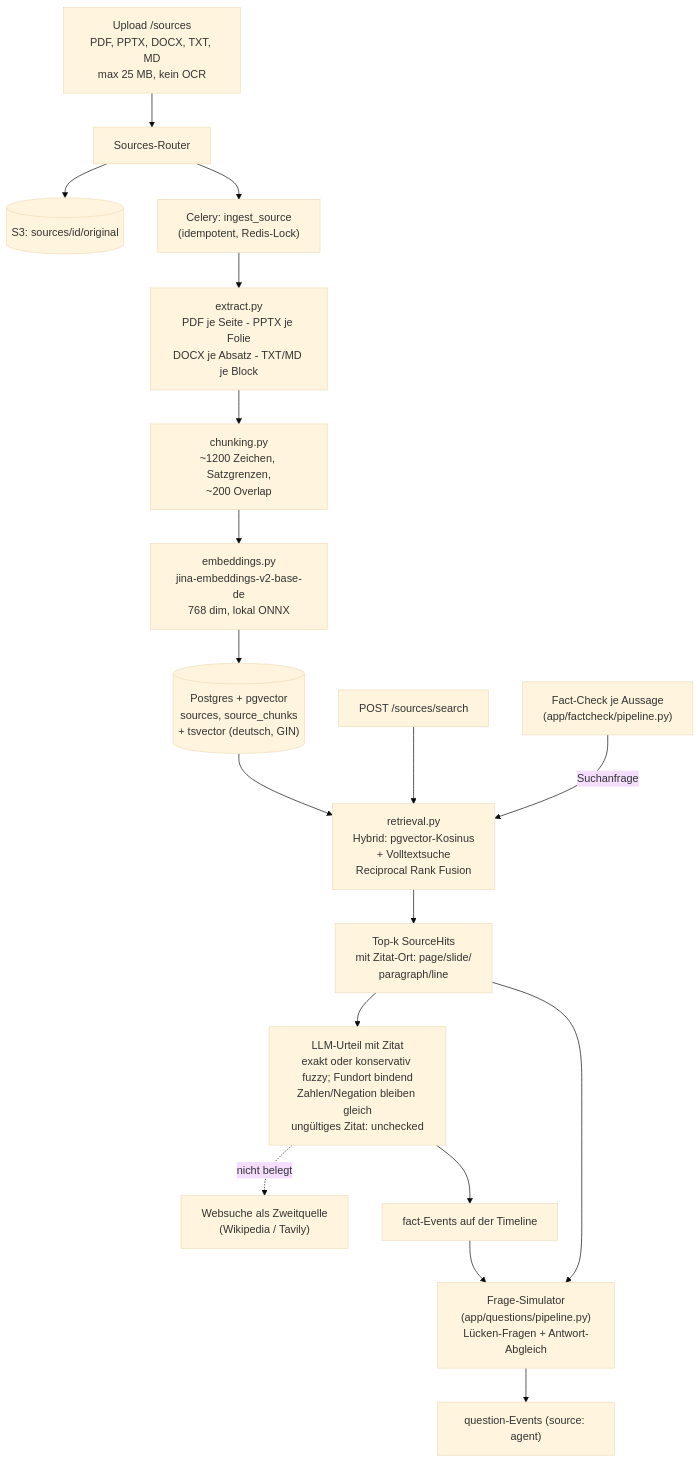
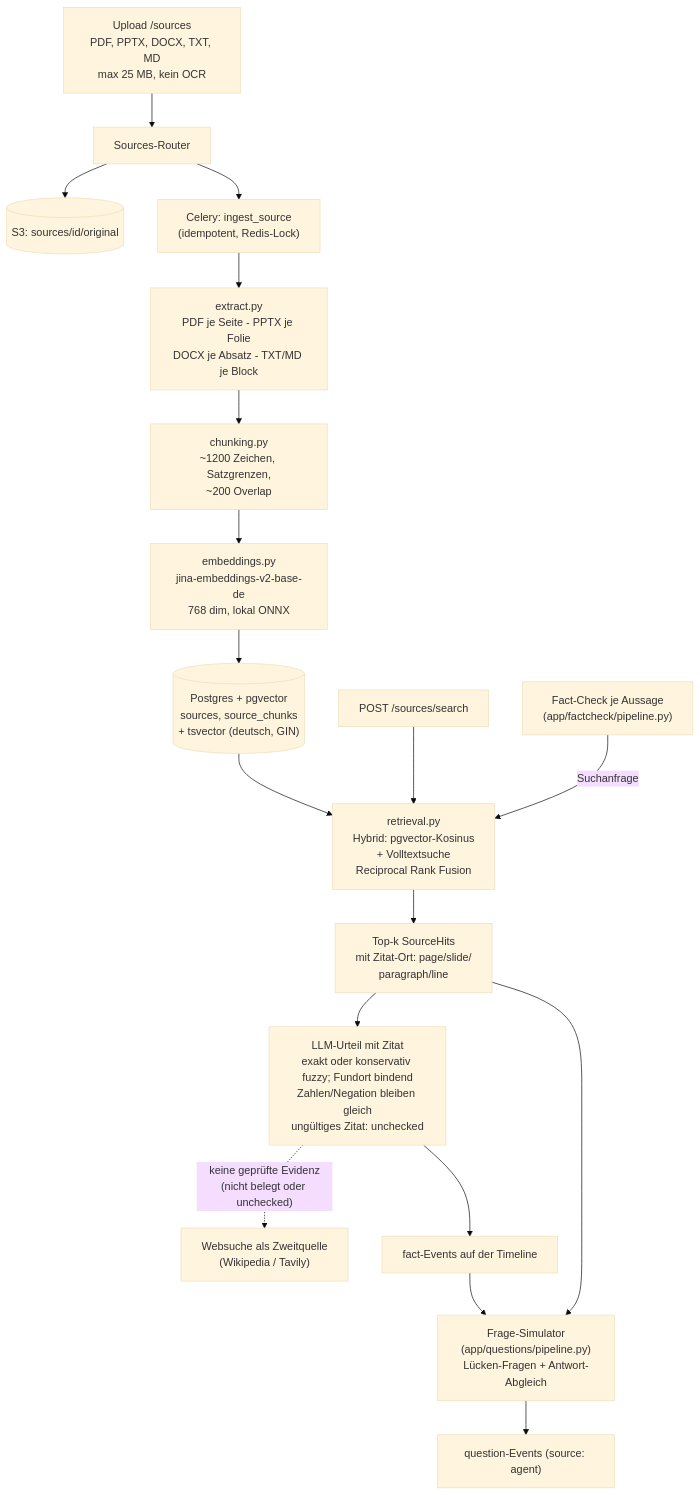
One commit to johannes3502/hackathon-fulda changed the fifth of 12 diagrams in docs/03-architecture.md. Above: the diagram before and after it, drawn with Mermaid (base theme). The commit also changed other lines of this file and 19 other files, not shown here.

````diff
--- a/docs/03-architecture.md
+++ b/docs/03-architecture.md
@@ -302,21 +303,21 @@
 ```mermaid
 flowchart TB
     UP["Upload /sources<br/>PDF, PPTX, DOCX, TXT, MD<br/>max 25 MB, kein OCR"] --> API["Sources-Router"]
     API --> S3A[("S3: sources/id/original")]
     API --> Q["Celery: ingest_source<br/>(idempotent, Redis-Lock)"]
     Q --> EX["extract.py<br/>PDF je Seite - PPTX je Folie<br/>DOCX je Absatz - TXT/MD je Block"]
     EX --> CH["chunking.py<br/>~1200 Zeichen, Satzgrenzen,<br/>~200 Overlap"]
     CH --> EM["embeddings.py<br/>jina-embeddings-v2-base-de<br/>768 dim, lokal ONNX"]
     EM --> PGDB[("Postgres + pgvector<br/>sources, source_chunks<br/>+ tsvector (deutsch, GIN)")]
 
     SEARCH["POST /sources/search"] --> RET["retrieval.py<br/>Hybrid: pgvector-Kosinus<br/>+ Volltextsuche<br/>Reciprocal Rank Fusion"]
     PGDB --> RET
     RET --> HITS["Top-k SourceHits<br/>mit Zitat-Ort: page/slide/<br/>paragraph/line"]
     FCQ["Fact-Check je Aussage<br/>(app/factcheck/pipeline.py)"] -- "Suchanfrage" --> RET
     HITS --> JUDGE["LLM-Urteil mit Zitat<br/>exakt oder konservativ fuzzy; Fundort bindend<br/>Zahlen/Negation bleiben gleich<br/>ungültiges Zitat: unchecked"]
-    JUDGE -. "nicht belegt" .-> WEBQ["Websuche als Zweitquelle<br/>(Wikipedia / Tavily)"]
+    JUDGE -. "keine geprüfte Evidenz<br/>(nicht belegt oder unchecked)" .-> WEBQ["Websuche als Zweitquelle<br/>(Wikipedia / Tavily)"]
     JUDGE --> EVT["fact-Events auf der Timeline"]
     HITS --> QA["Frage-Simulator<br/>(app/questions/pipeline.py)<br/>Lücken-Fragen + Antwort-Abgleich"]
     EVT --> QA
     QA --> QEVT["question-Events (source: agent)"]
 ```
````
